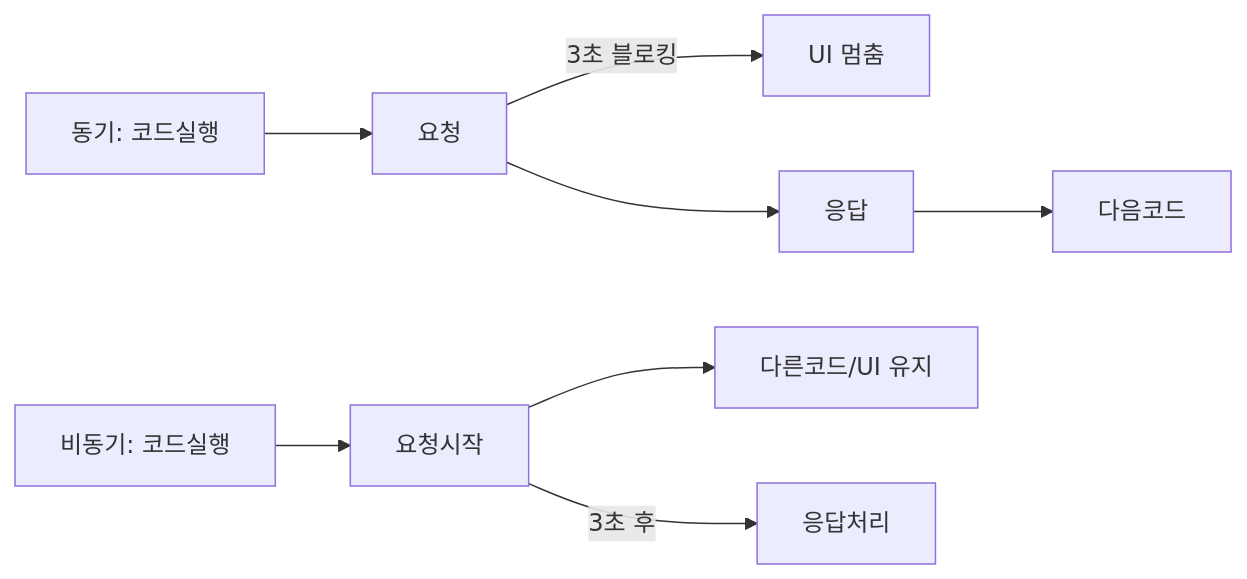
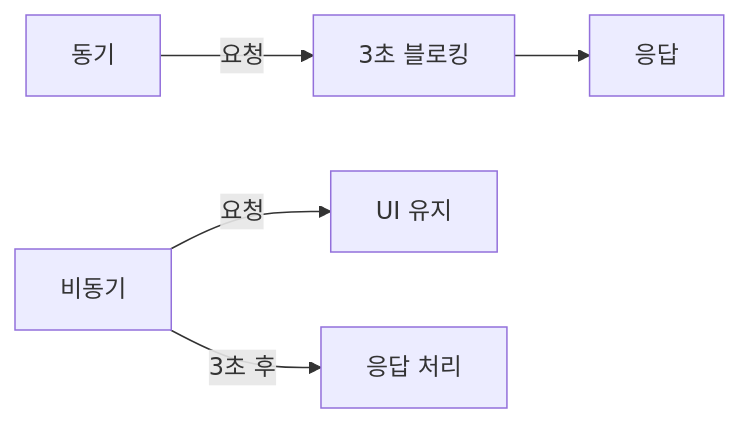
One commit to yjkim2015/yjkim2015.github.io changed the first of 6 diagrams in _posts/frontend/2026-05-02-js-async.md. Above: the diagram before and after it, drawn with Mermaid. The commit also changed other lines of this file and 163 other files, not shown here.

First line of the commit message:
Mermaid 300개 블록 내용 축소: 5노드 5엣지 이하, 의미 있는 약어

````diff
--- a/_posts/frontend/2026-05-02-js-async.md
+++ b/_posts/frontend/2026-05-02-js-async.md
@@ -28,7 +28,7 @@
 ```mermaid
 graph LR
-    A1["동기: 코드실행"] --> B1["요청"] -->|"3초 블로킹"| FREEZE["UI 멈춤"]
-    B1 --> C1["응답"] --> D1["다음코드"]
-    A2["비동기: 코드실행"] --> B2["요청시작"] --> C2["다른코드/UI 유지"]
-    B2 -->|"3초 후"| E2["응답처리"]
+    SYNC["동기"] -->|"요청"| BLOCK["3초 블로킹"]
+    BLOCK --> DONE["응답"]
+    ASYNC["비동기"] -->|"요청"| UI["UI 유지"]
+    ASYNC -->|"3초 후"| DONE2["응답 처리"]
 ```
````
